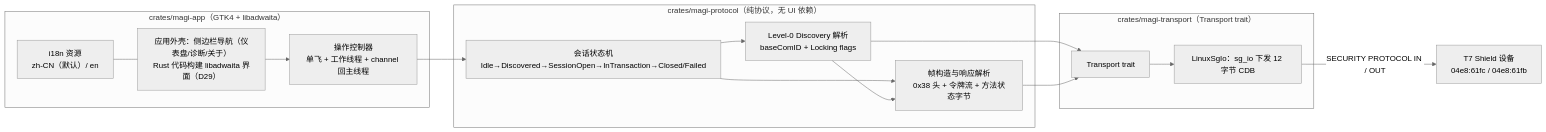
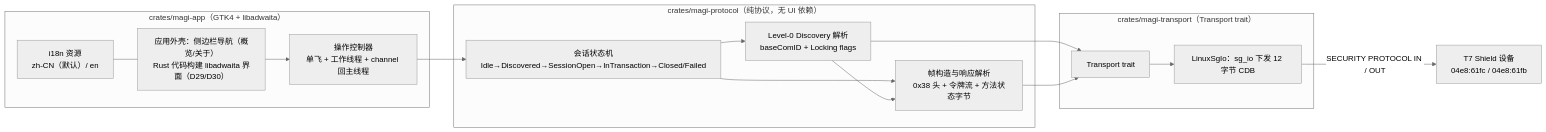
The first of 3 diagrams in docs/specs/t7-magician/spec.md (Rikka-Sei/t7Shield-Magician), drawn with Mermaid (neutral theme) before and after one commit. The commit also changed other lines of this file and 5 other files, not shown here.

````diff
--- a/docs/specs/t7-magician/spec.md
+++ b/docs/specs/t7-magician/spec.md
@@ -85,28 +85,28 @@
 ```mermaid
 graph LR
     subgraph app["crates/magi-app（GTK4 + libadwaita）"]
-        UI["应用外壳：侧边栏导航（仪表盘/诊断/关于）<br/>Rust 代码构建 libadwaita 界面（D29）"]
+        UI["应用外壳：侧边栏导航（概览/关于）<br/>Rust 代码构建 libadwaita 界面（D29/D30）"]
         CTL["操作控制器<br/>单飞 + 工作线程 + channel 回主线程"]
         I18N["i18n 资源<br/>zh-CN（默认）/ en"]
     end
     subgraph proto["crates/magi-protocol（纯协议，无 UI 依赖）"]
         DISC["Level-0 Discovery 解析<br/>baseComID + Locking flags"]
         FRAME["帧构造与响应解析<br/>0x38 头 + 令牌流 + 方法状态字节"]
         SM["会话状态机<br/>Idle→Discovered→SessionOpen→InTransaction→Closed/Failed"]
     end
     subgraph tr["crates/magi-transport（Transport trait）"]
         TRT["Transport trait"]
         LIN["LinuxSgIo：sg_io 下发 12 字节 CDB"]
     end
     DEV["T7 Shield 设备<br/>04e8:61fc / 04e8:61fb"]
     UI --> CTL
     CTL --> SM
     SM --> DISC
     SM --> FRAME
     DISC --> FRAME
     DISC --> TRT
     FRAME --> TRT
     TRT --> LIN
     LIN -->|"SECURITY PROTOCOL IN / OUT"| DEV
     I18N --- UI
 ```
````
